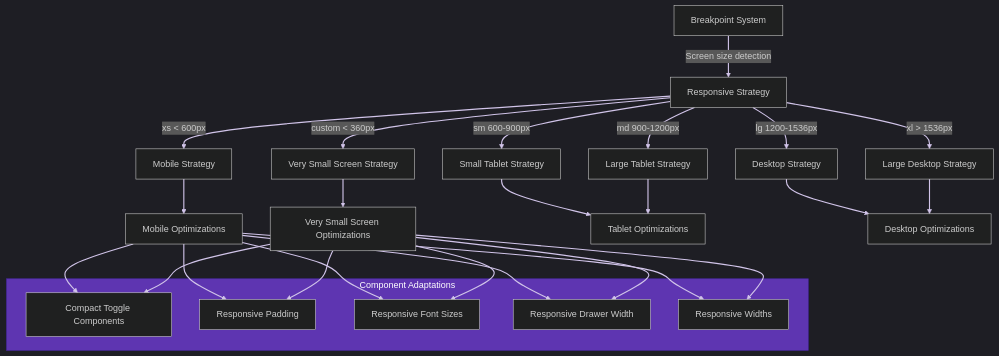
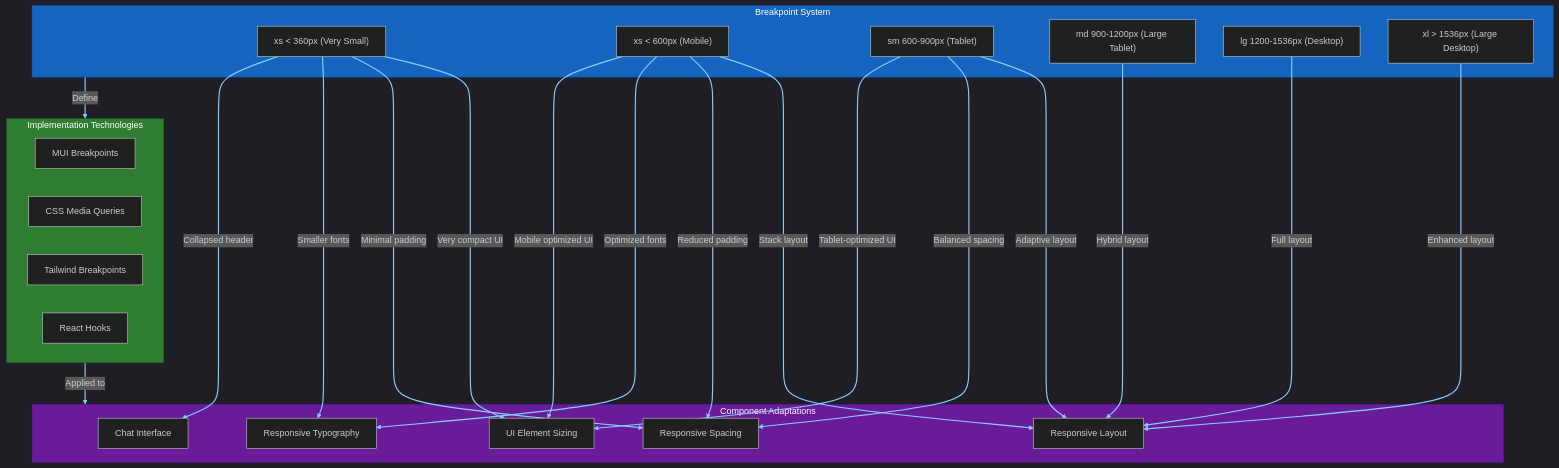
One commit to ChrisMcKee1/ChatUI changed the seventh of 10 diagrams in memory-bank/architectureDiagrams.md. Above: the diagram before and after it, drawn with Mermaid. The commit also changed other lines of this file, not shown here.

Commit message:
Updated Deployment Architecture diagram to reflect current approach

````diff
--- a/memory-bank/architectureDiagrams.md
+++ b/memory-bank/architectureDiagrams.md
@@ -309,43 +413,54 @@
 ```mermaid
 %%{init: {'theme':'dark'}}%%
 flowchart TD
-    BP[Breakpoint System] -->|Screen size detection| RS[Responsive Strategy]
-    
-    RS -->|xs < 600px| XS[Mobile Strategy]
-    RS -->|sm 600-900px| SM[Small Tablet Strategy]
-    RS -->|md 900-1200px| MD[Large Tablet Strategy]
-    RS -->|lg 1200-1536px| LG[Desktop Strategy]
-    RS -->|xl > 1536px| XL[Large Desktop Strategy]
-    RS -->|custom < 360px| XXS[Very Small Screen Strategy]
-    
-    XS --> Mobile[Mobile Optimizations]
-    XXS --> VerySmall[Very Small Screen Optimizations]
-    SM --> Tablet[Tablet Optimizations]
-    MD --> Tablet
-    LG --> Desktop[Desktop Optimizations]
-    XL --> Desktop
-    
-    subgraph Components[Component Adaptations]
-        CT[Compact Toggle Components]
-        RP[Responsive Padding]
-        RFS[Responsive Font Sizes]
-        RDW[Responsive Drawer Width]
-        RW[Responsive Widths]
+    subgraph Breakpoints["Breakpoint System"]
+        XXS["xs < 360px (Very Small)"]
+        XS["xs < 600px (Mobile)"]
+        SM["sm 600-900px (Tablet)"]
+        MD["md 900-1200px (Large Tablet)"]
+        LG["lg 1200-1536px (Desktop)"]
+        XL["xl > 1536px (Large Desktop)"]
     end
     
-    Mobile --> CT
-    Mobile --> RP
-    Mobile --> RFS
-    Mobile --> RDW
-    Mobile --> RW
+    subgraph Component_Adaptations["Component Adaptations"]
+        Layout[Responsive Layout]
+        Spacing[Responsive Spacing]
+        Typography[Responsive Typography]
+        UI_Elements[UI Element Sizing]
+        Chat_Interface[Chat Interface]
+    end
     
-    VerySmall --> CT
-    VerySmall --> RP
-    VerySmall --> RFS
-    VerySmall --> RDW
-    VerySmall --> RW
+    subgraph Implementation["Implementation Technologies"]
+        MUI_BP[MUI Breakpoints]
+        Media_Queries[CSS Media Queries]
+        TW_BP[Tailwind Breakpoints]
+        React_Hooks[React Hooks]
+    end
     
-    style Components fill:#5e35b1,stroke:#4527a0,color:#ffffff
+    Breakpoints -->|Define| Implementation
+    Implementation -->|Applied to| Component_Adaptations
     
-    linkStyle default stroke:#d1c4e9,stroke-width:2px
+    XXS -->|Very compact UI| UI_Elements
+    XXS -->|Minimal padding| Spacing
+    XXS -->|Smaller fonts| Typography
+    XXS -->|Collapsed header| Chat_Interface
+    
+    XS -->|Stack layout| Layout
+    XS -->|Reduced padding| Spacing
+    XS -->|Optimized fonts| Typography
+    XS -->|Mobile optimized UI| UI_Elements
+    
+    SM -->|Adaptive layout| Layout
+    SM -->|Balanced spacing| Spacing
+    SM -->|Tablet-optimized UI| UI_Elements
+    
+    MD -->|Hybrid layout| Layout
+    LG -->|Full layout| Layout
+    XL -->|Enhanced layout| Layout
+    
+    style Breakpoints fill:#1565c0,stroke:#0d47a1,color:#ffffff
+    style Component_Adaptations fill:#6a1b9a,stroke:#4a148c,color:#ffffff
+    style Implementation fill:#2e7d32,stroke:#1b5e20,color:#ffffff
+    
+    linkStyle default stroke:#88ccff,stroke-width:2px
 ```
````
